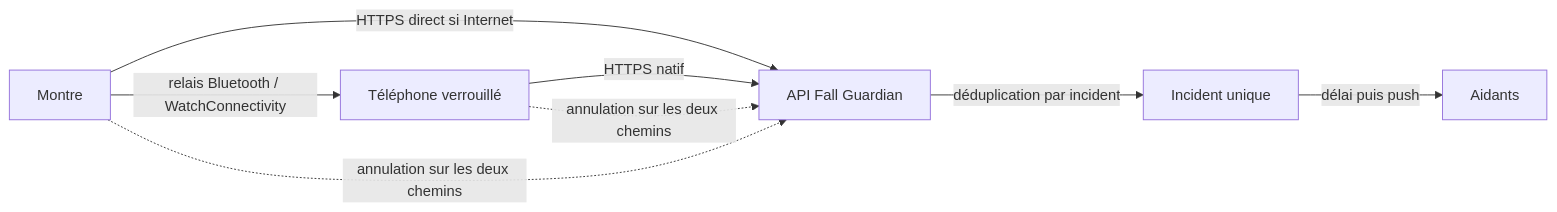
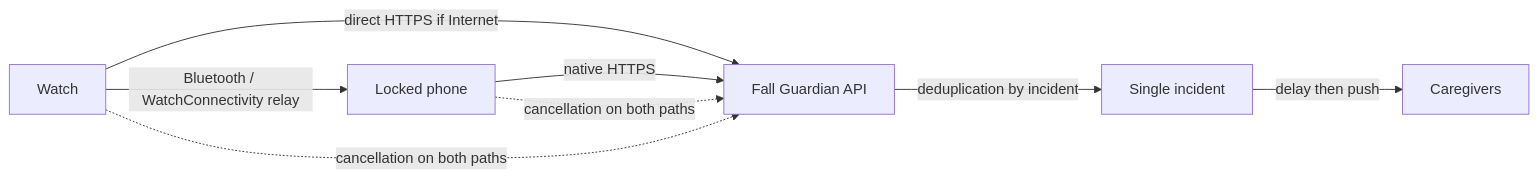
The second of 2 diagrams in docs/SYSTEM_OVERVIEW.md (thlaure/Fall-Guardian), drawn with Mermaid before and after one commit. The commit also changed other lines of this file and 2 other files, not shown here.

First line of the commit message:
docs(monorepo): translate handoff/architecture docs to English

````diff
--- a/docs/SYSTEM_OVERVIEW.md
+++ b/docs/SYSTEM_OVERVIEW.md
@@ -63,10 +67,10 @@
 ```mermaid
 flowchart LR
-    W["Montre"] -->|"HTTPS direct si Internet"| API["API Fall Guardian"]
-    W -->|"relais Bluetooth / WatchConnectivity"| P["Téléphone verrouillé"]
-    P -->|"HTTPS natif"| API
-    API -->|"déduplication par incident"| I["Incident unique"]
-    I -->|"délai puis push"| C["Aidants"]
-    W -.->|"annulation sur les deux chemins"| API
-    P -.->|"annulation sur les deux chemins"| API
+    W["Watch"] -->|"direct HTTPS if Internet"| API["Fall Guardian API"]
+    W -->|"Bluetooth / WatchConnectivity relay"| P["Locked phone"]
+    P -->|"native HTTPS"| API
+    API -->|"deduplication by incident"| I["Single incident"]
+    I -->|"delay then push"| C["Caregivers"]
+    W -.->|"cancellation on both paths"| API
+    P -.->|"cancellation on both paths"| API
 ```
````
